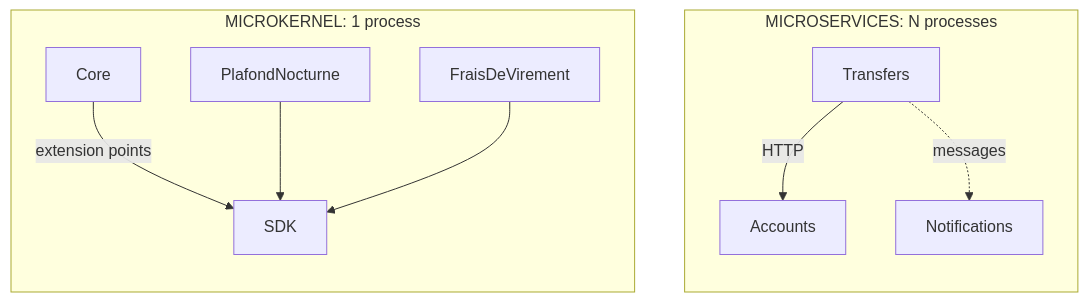
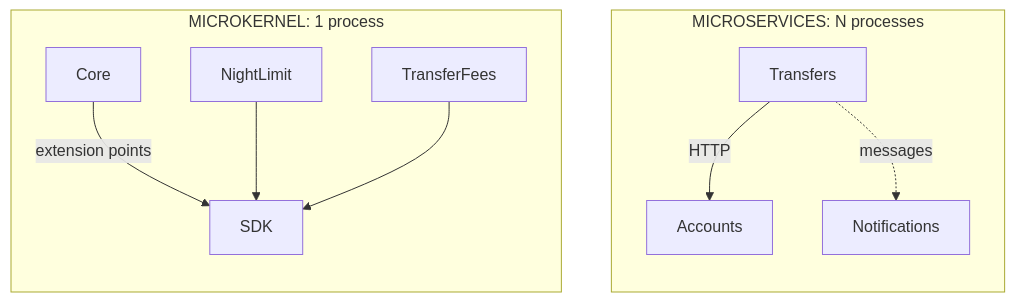
Before and after one commit to drangoht/ArchitecturesDemo: the diagram in Docs/en/differences/11-microkernel-vs-microservices.md, drawn with Mermaid. The commit also changed other lines of this file and 78 other files, not shown here.

First line of the commit message:
Docs EN : identifiants, liens, diagrammes et sorties alignés sur le code anglais

````diff
--- a/Docs/en/differences/11-microkernel-vs-microservices.md
+++ b/Docs/en/differences/11-microkernel-vs-microservices.md
@@ -37,15 +37,15 @@
 ```mermaid
 flowchart LR
     subgraph K["MICROKERNEL: 1 process"]
         direction TB
         N["Core"] -->|"extension points"| SDK["SDK"]
-        P1["PlafondNocturne"] --> SDK
-        P2["FraisDeVirement"] --> SDK
+        P1["NightLimit"] --> SDK
+        P2["TransferFees"] --> SDK
     end
     subgraph M["MICROSERVICES: N processes"]
         direction TB
         V["Transfers"] -->|"HTTP"| C["Accounts"]
         V -.->|"messages"| NO["Notifications"]
     end
     K ~~~ M
 ```
````
